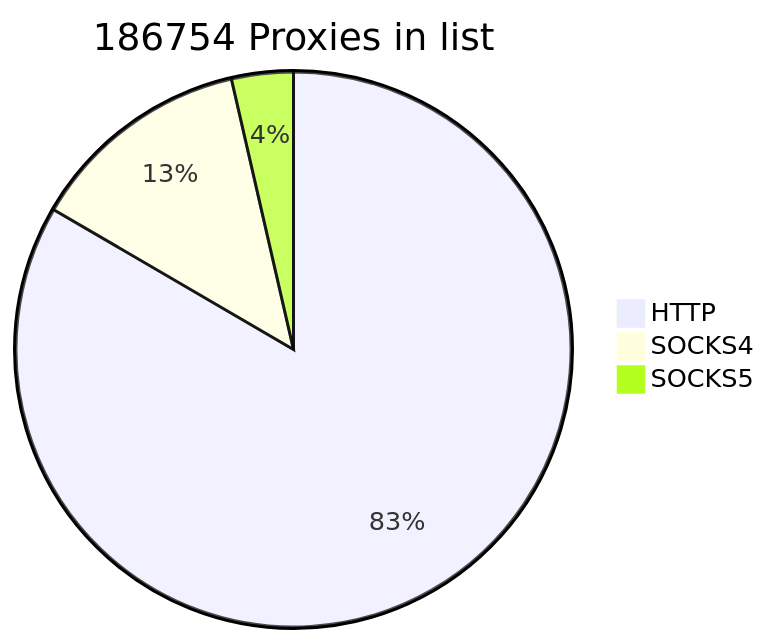
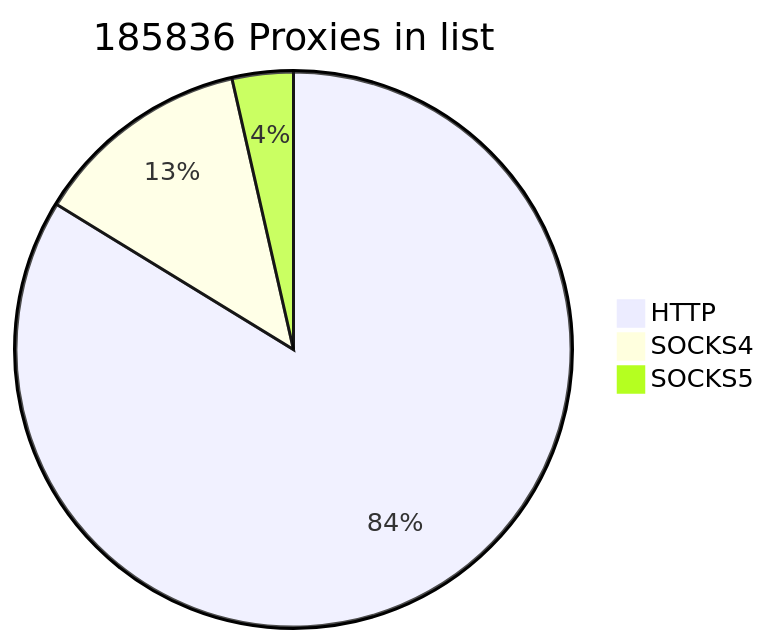
The first of 2 diagrams in README.md (cutipu/proxylist), drawn with Mermaid before and after one commit. The commit also changed other lines of this file, not shown here.

````diff
--- a/README.md
+++ b/README.md
@@ -2,7 +2,7 @@
 ```mermaid
-pie title 186754 Proxies in list
-    "HTTP" : 155760
-    "SOCKS4" : 24290
-    "SOCKS5" : 6704
+pie title 185836 Proxies in list
+    "HTTP" : 155641
+    "SOCKS4" : 23588
+    "SOCKS5" : 6607
             
 ```
````
